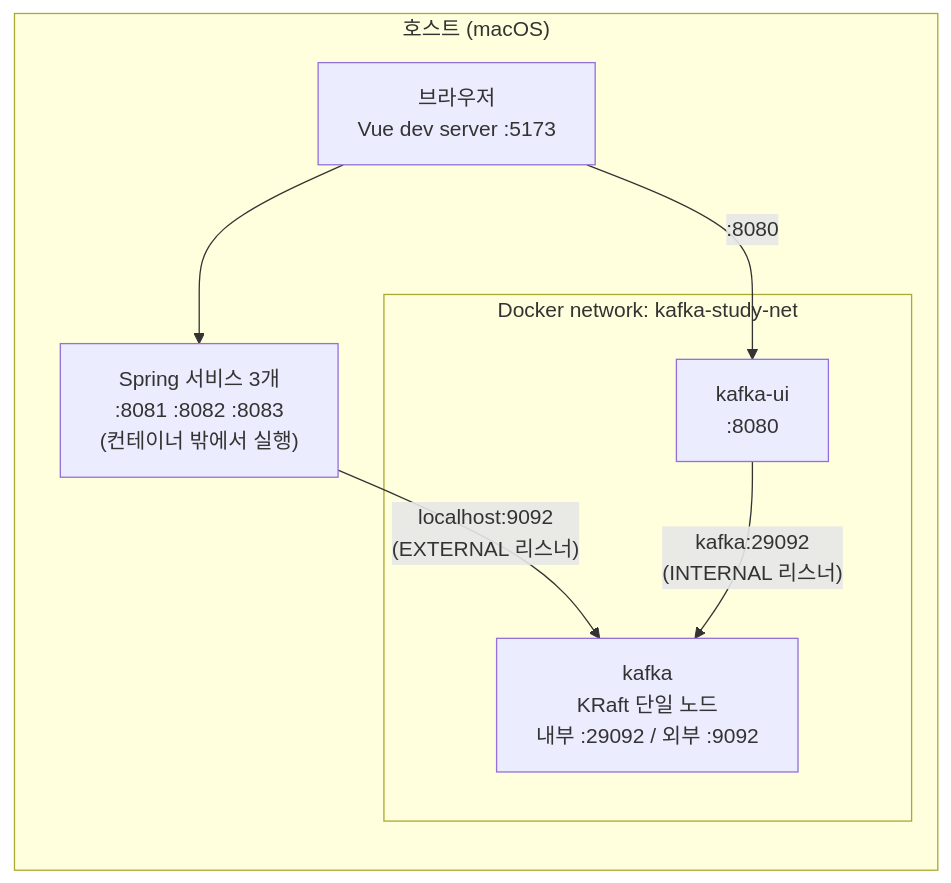
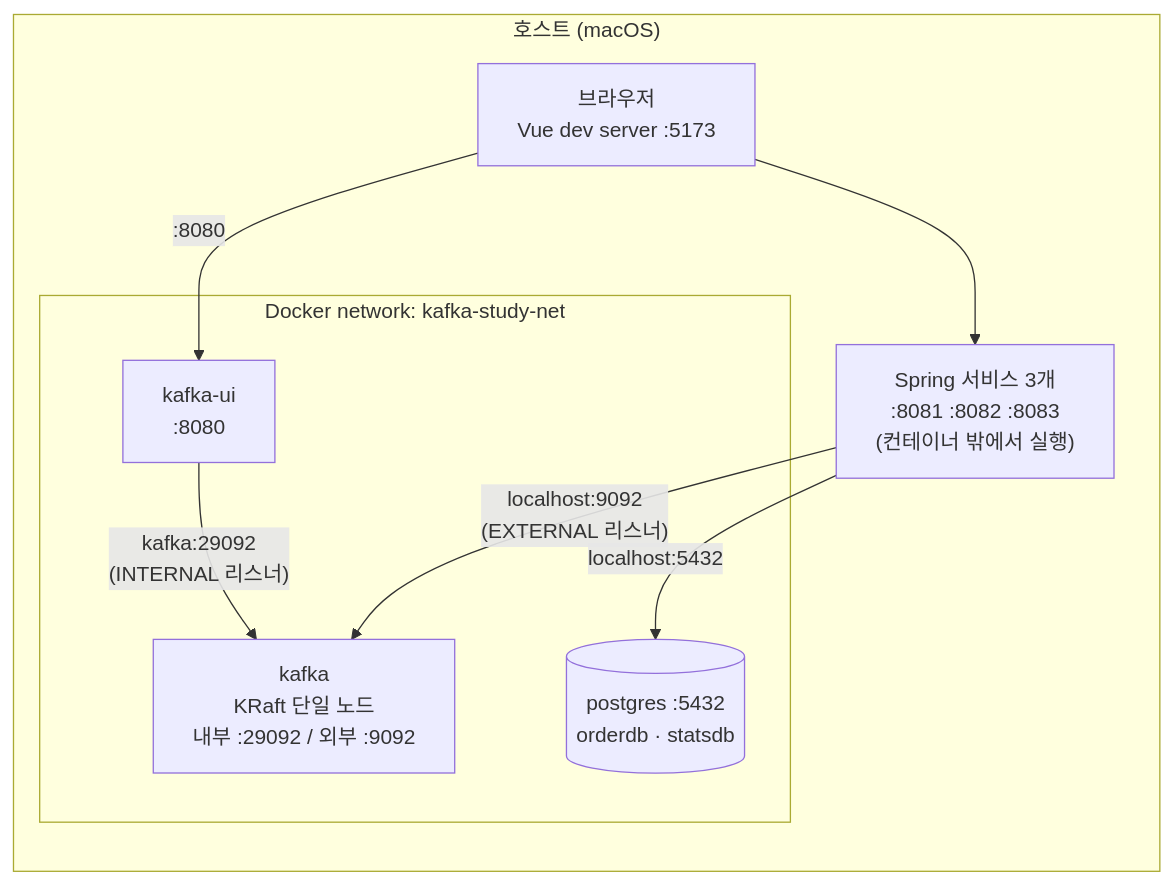
The sixth of 6 diagrams in docs/planning/02-architecture.md (ytw9699/kafka_study), drawn with Mermaid before and after one commit. The commit also changed other lines of this file and 17 other files, not shown here.

````diff
--- a/docs/planning/02-architecture.md
+++ b/docs/planning/02-architecture.md
@@ -299,18 +306,20 @@
 ```mermaid
 flowchart TB
     subgraph HOST["호스트 (macOS)"]
         direction TB
         SPRING["Spring 서비스 3개<br/>:8081 :8082 :8083<br/>(컨테이너 밖에서 실행)"]
         BROWSER["브라우저<br/>Vue dev server :5173"]
 
         subgraph NET["Docker network: kafka-study-net"]
             KAFKA["kafka<br/>KRaft 단일 노드<br/>내부 :29092 / 외부 :9092"]
             UI["kafka-ui<br/>:8080"]
+            PG[("postgres :5432<br/>orderdb · statsdb")]
         end
     end
 
     SPRING -->|"localhost:9092<br/>(EXTERNAL 리스너)"| KAFKA
+    SPRING -->|"localhost:5432"| PG
     UI -->|"kafka:29092<br/>(INTERNAL 리스너)"| KAFKA
     BROWSER --> SPRING
     BROWSER -->|":8080"| UI
 ```
````
